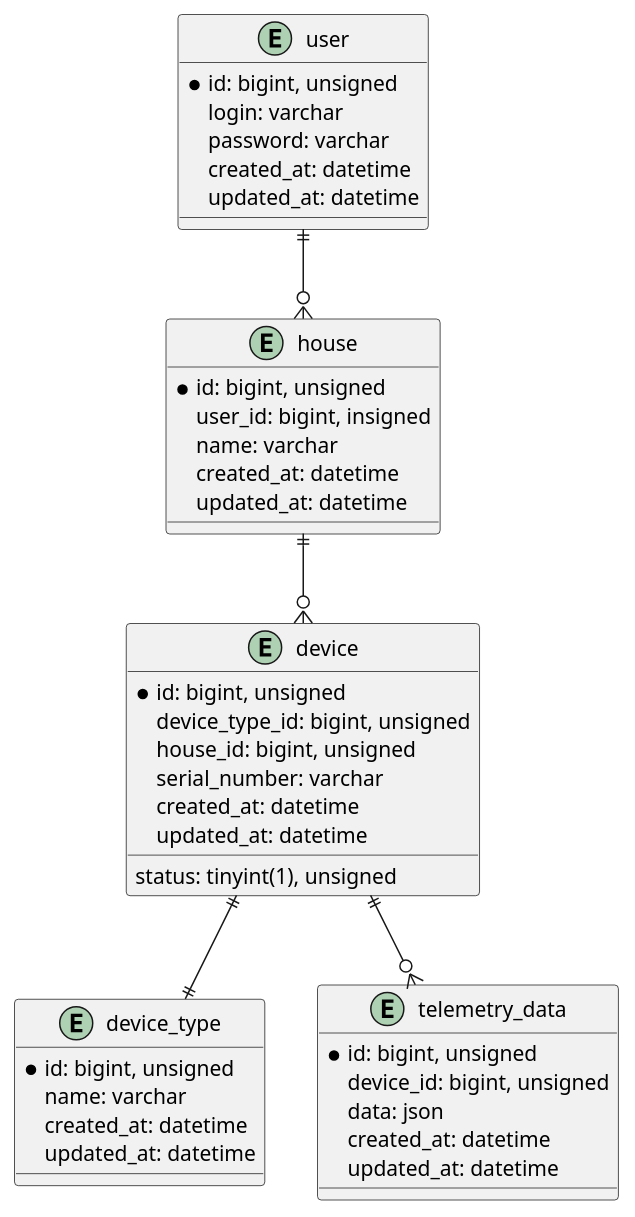
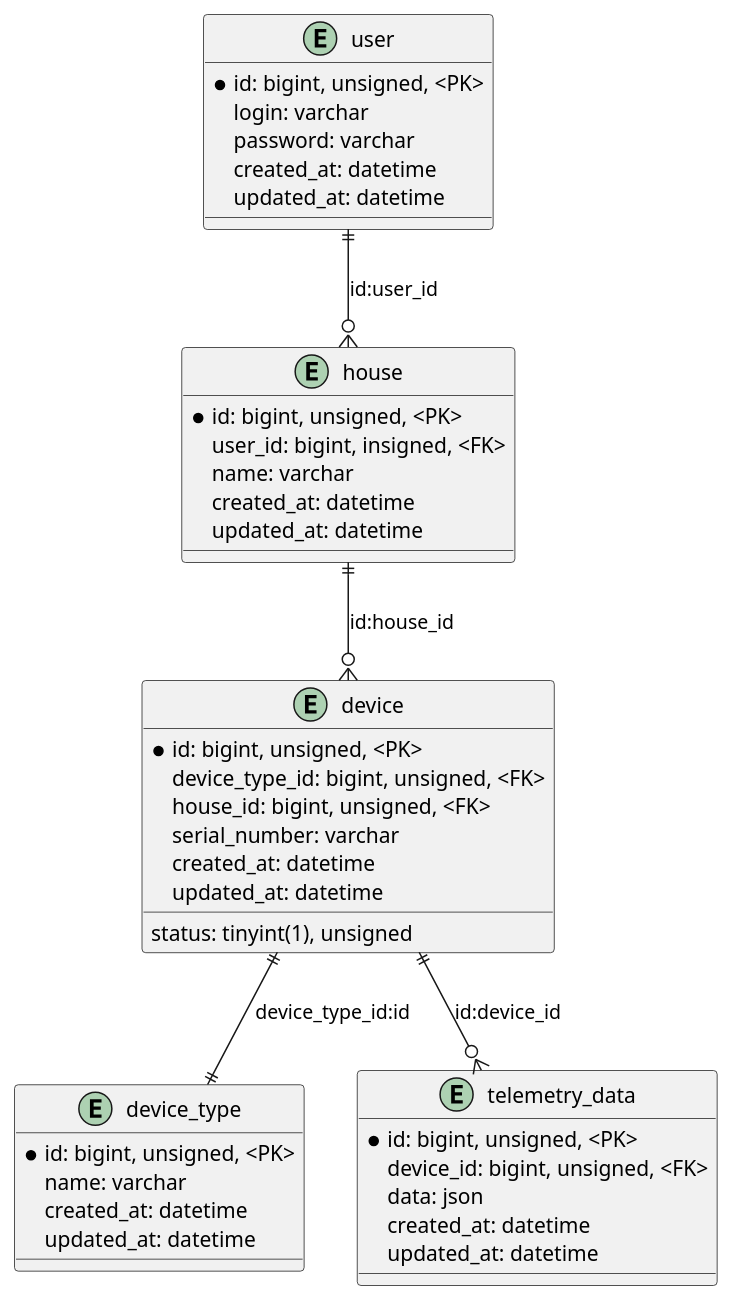
Before and after one commit to arefev/warmhouse: the diagram in schemas/src/er/smarthome_er.puml, drawn with PlantUML.

Commit message:
warmhouse: обновил схемы

```diff
--- a/schemas/src/er/smarthome_er.puml
+++ b/schemas/src/er/smarthome_er.puml
@@ -1,50 +1,50 @@
 @startuml SmartHomeER
 
 entity user {
-    *id: bigint, unsigned
+    *id: bigint, unsigned, <PK>
     login: varchar
     password: varchar
     created_at: datetime
     updated_at: datetime
 }
 
 entity house {
-    *id: bigint, unsigned
-    user_id: bigint, insigned
+    *id: bigint, unsigned, <PK>
+    user_id: bigint, insigned, <FK>
     name: varchar
     created_at: datetime
     updated_at: datetime
 }
 
 entity device_type {
-    *id: bigint, unsigned
+    *id: bigint, unsigned, <PK>
     name: varchar
     created_at: datetime
     updated_at: datetime
 }
 
 entity device {
-    *id: bigint, unsigned
-    device_type_id: bigint, unsigned
-    house_id: bigint, unsigned
+    *id: bigint, unsigned, <PK>
+    device_type_id: bigint, unsigned, <FK>
+    house_id: bigint, unsigned, <FK>
     serial_number: varchar
     status: tinyint(1), unsigned
     created_at: datetime
     updated_at: datetime
 }
 
 entity telemetry_data {
-    *id: bigint, unsigned
-    device_id: bigint, unsigned
+    *id: bigint, unsigned, <PK>
+    device_id: bigint, unsigned, <FK>
     data: json
     created_at: datetime
     updated_at: datetime
 }
 
 
-user ||--o{ house
-house ||--o{ device
-device ||--|| device_type
-device ||--o{ telemetry_data
+user ||--o{ house : "id:user_id"
+house ||--o{ device : "id:house_id"
+device ||--|| device_type : "device_type_id:id"
+device ||--o{ telemetry_data : "id:device_id"
 
 @enduml
```
